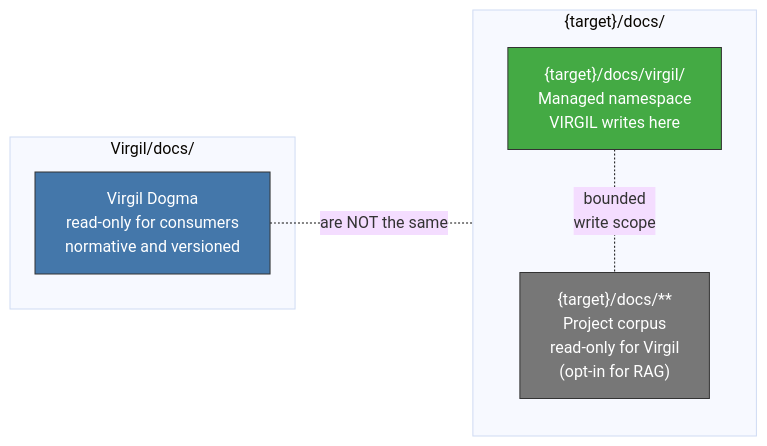
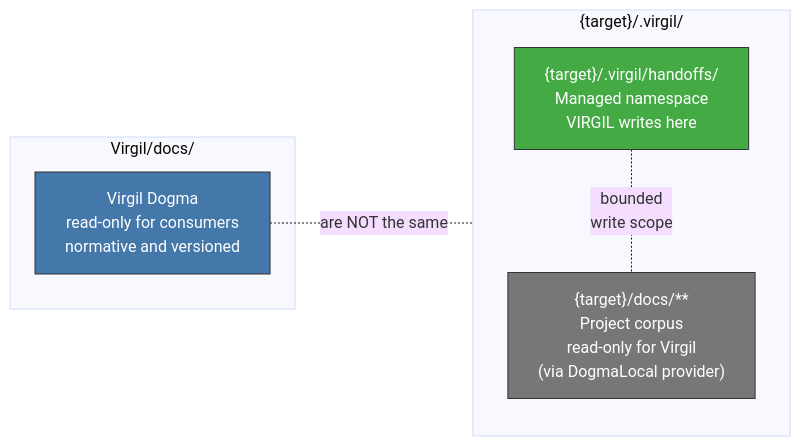
One commit to virgenherrera/virgil changed the second of 2 diagrams in docs/reference/principia/sections/21-knowledge-storage.md. Above: the diagram before and after it, drawn with Mermaid (base theme). The commit also changed other lines of this file and 31 other files, not shown here.

````diff
--- a/docs/reference/principia/sections/21-knowledge-storage.md
+++ b/docs/reference/principia/sections/21-knowledge-storage.md
@@ -76,18 +76,18 @@
 ```mermaid
 flowchart LR
     subgraph VIRGIL_DOCS["Virgil/docs/"]
         DOGMA["Virgil Dogma\nread-only for consumers\nnormative and versioned"]
     end
 
-    subgraph TARGET_DOCS["{target}/docs/"]
-        MANAGED["{target}/docs/virgil/\nManaged namespace\nVIRGIL writes here"]
-        CORPUS["{target}/docs/**\nProject corpus\nread-only for Virgil\n(opt-in for RAG)"]
+    subgraph TARGET_DOCS["{target}/.virgil/"]
+        MANAGED["{target}/.virgil/handoffs/\nManaged namespace\nVIRGIL writes here"]
+        CORPUS["{target}/docs/**\nProject corpus\nread-only for Virgil\n(via DogmaLocal provider)"]
     end
 
     DOGMA -.-|"are NOT the same"| TARGET_DOCS
     MANAGED -.-|"bounded\nwrite scope"| CORPUS
 
     style DOGMA fill:#47a,stroke:#333,color:#fff
     style MANAGED fill:#4a4,stroke:#333,color:#fff
     style CORPUS fill:#777,stroke:#333,color:#fff
 ```
````
